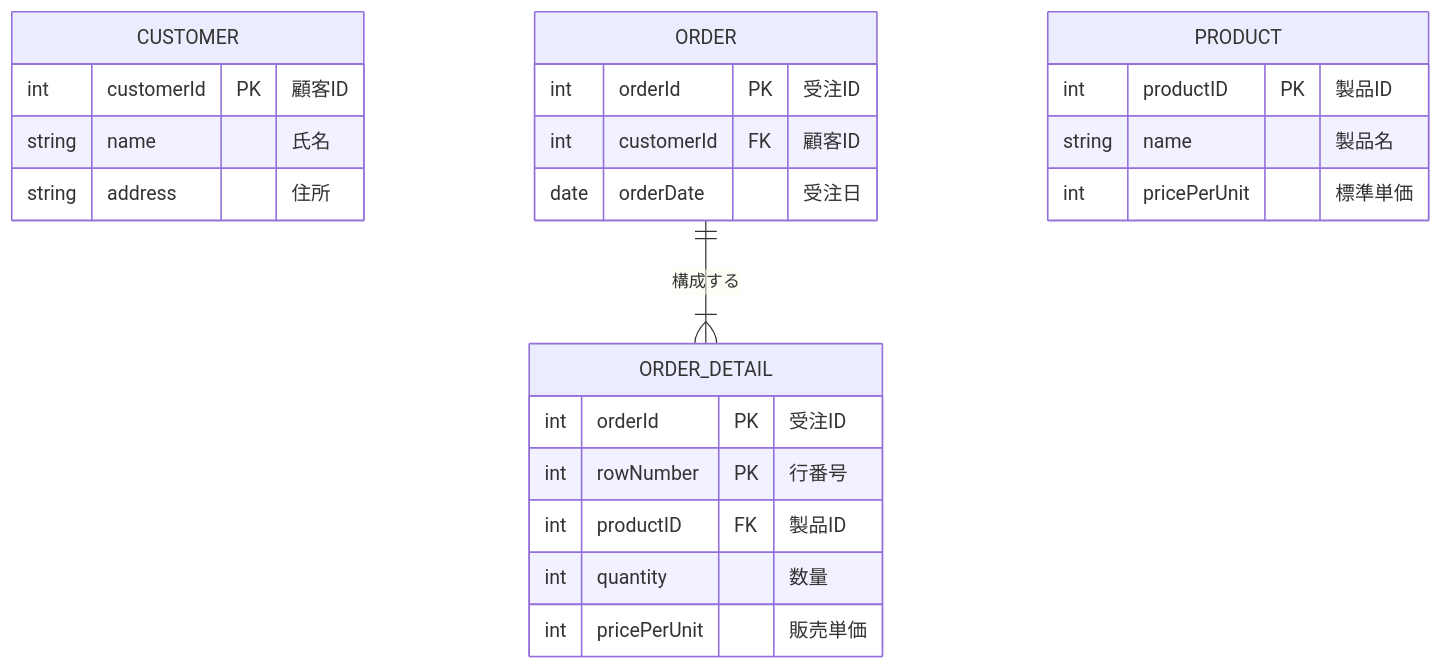
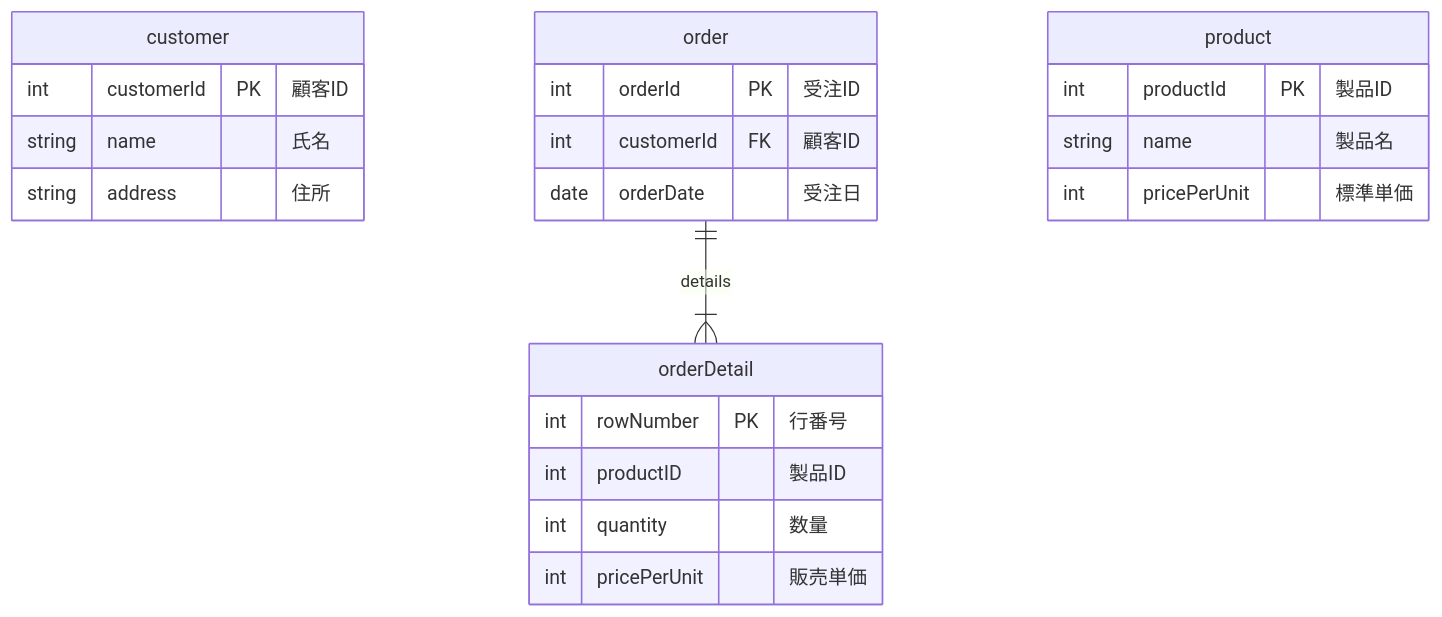
Before and after one commit to take0a/go-rest-sample: the second of 3 diagrams in README.md, drawn with Mermaid. The commit also changed other lines of this file, not shown here.

````diff
--- a/README.md
+++ b/README.md
@@ -41,26 +42,25 @@
 ```mermaid
 erDiagram
-    CUSTOMER {
+    customer {
         int customerId PK "顧客ID"
         string name "氏名"
         string address "住所"
     }
-    ORDER ||--|{ ORDER_DETAIL : "構成する"
-    ORDER {
+    order ||--|{ orderDetail : "details"
+    order {
         int orderId PK "受注ID"
         int customerId FK "顧客ID"
         date orderDate "受注日"
     }
-    ORDER_DETAIL {
-        int orderId PK "受注ID"
+    orderDetail {
         int rowNumber PK "行番号"
-        int productID FK "製品ID"
+        int productID "製品ID"
         int quantity "数量"
         int pricePerUnit "販売単価"
     }
-    PRODUCT {
-        int productID PK "製品ID"
+    product {
+        int productId PK "製品ID"
         string name "製品名"
         int pricePerUnit "標準単価"
     }
 ```
````
